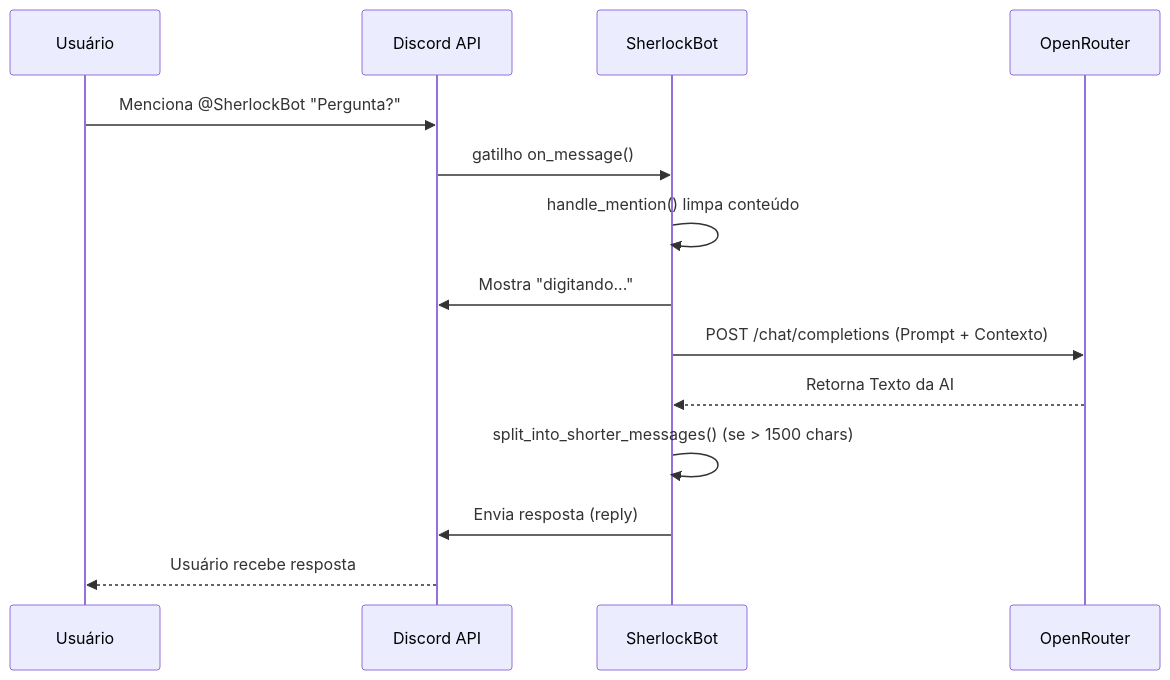
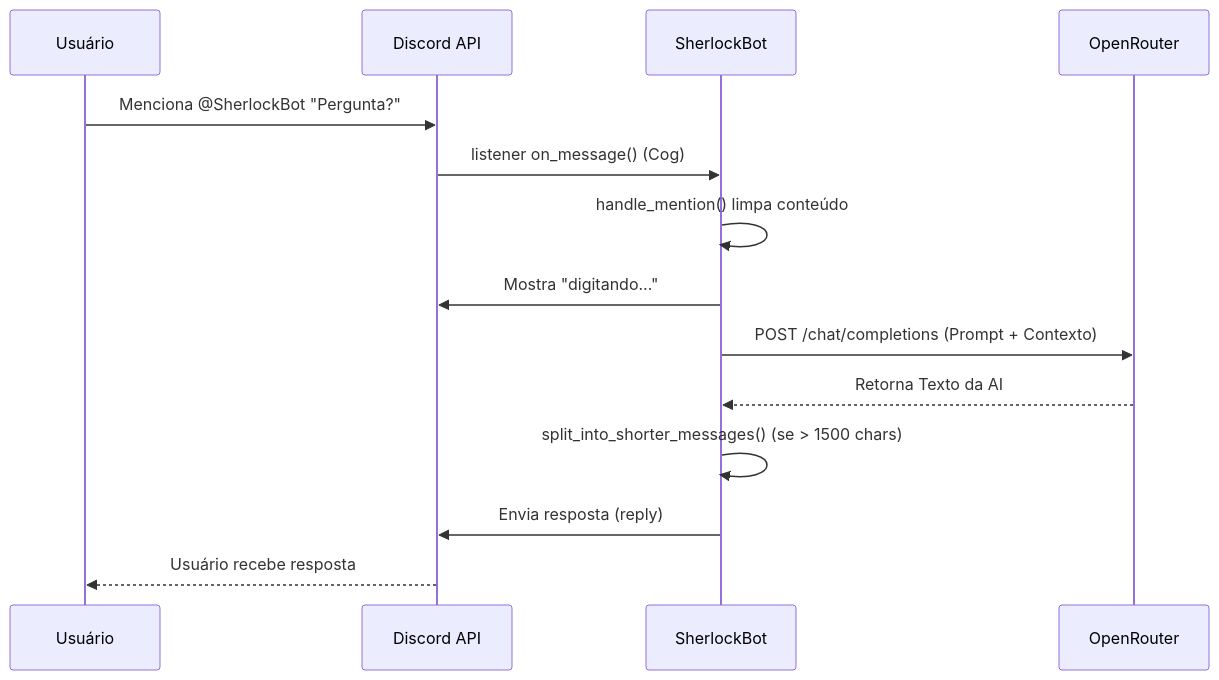
The second of 2 diagrams in docs/architecture.md (prof-ramos/sherlock-discord-bot), drawn with Mermaid before and after one commit. The commit also changed other lines of this file and 24 other files, not shown here.

````diff
--- a/docs/architecture.md
+++ b/docs/architecture.md
@@ -40,17 +41,17 @@
 ```mermaid
 sequenceDiagram
     participant U as Usuário
     participant D as Discord API
     participant B as SherlockBot
     participant OR as OpenRouter
 
     U->>D: Menciona @SherlockBot "Pergunta?"
-    D->>B: gatilho on_message()
+    D->>B: listener on_message() (Cog)
     B->>B: handle_mention() limpa conteúdo
     B->>D: Mostra "digitando..."
     B->>OR: POST /chat/completions (Prompt + Contexto)
     OR-->>B: Retorna Texto da AI
     B->>B: split_into_shorter_messages() (se > 1500 chars)
     B->>D: Envia resposta (reply)
     D-->>U: Usuário recebe resposta
 ```
````
